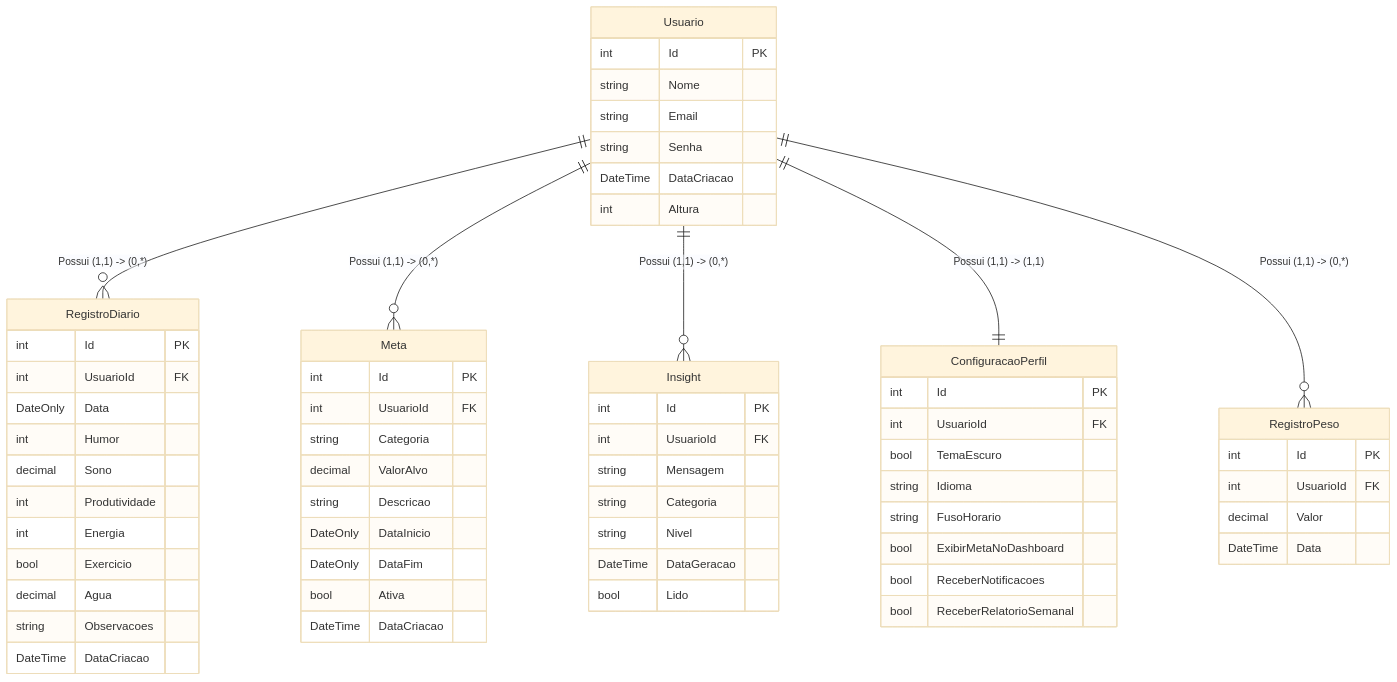
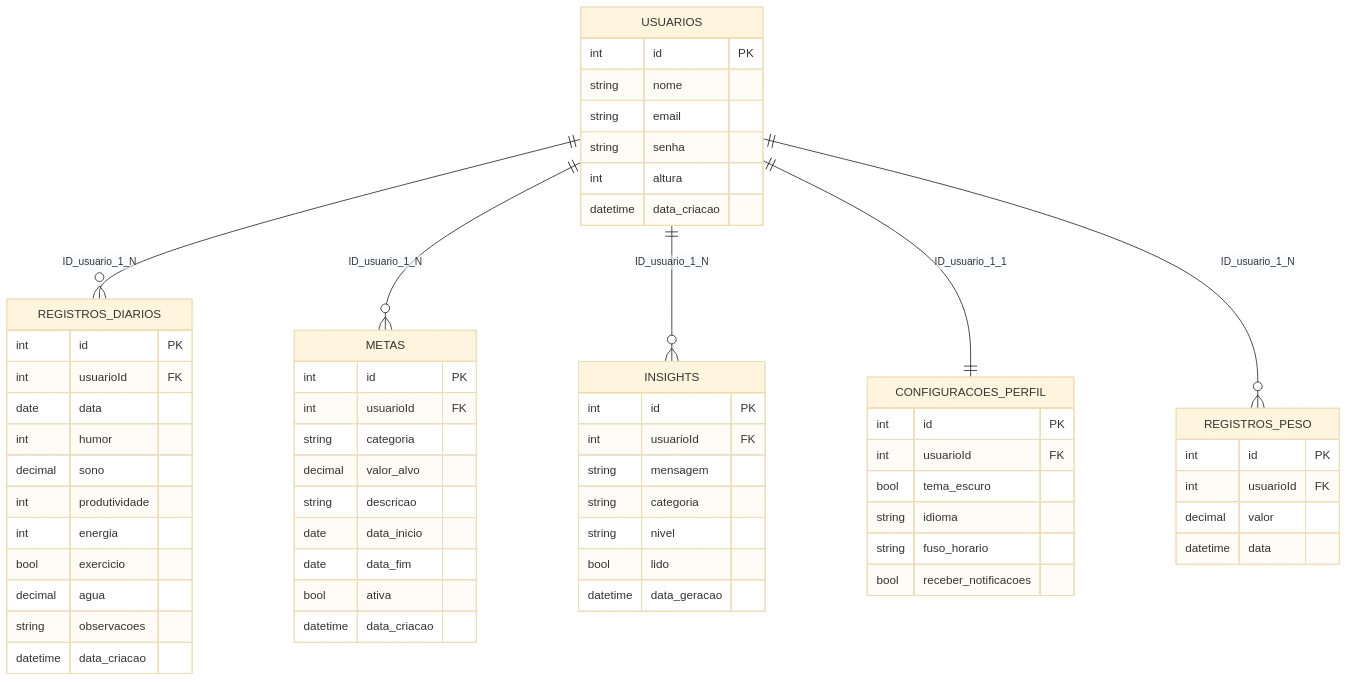
One commit to cidade-felipe/DesenvWebApi changed the diagram in documentation.md. Above: the diagram before and after it, drawn with Mermaid (base theme).

Commit message:
docs: update ER diagram to use snake_case naming conventions and simplify table schemas

````diff
--- a/documentation.md
+++ b/documentation.md
@@ -68,71 +68,69 @@
 ```mermaid
 erDiagram
-    Usuario ||--o{ RegistroDiario : "Possui (1,1) -> (0,*)"
-    Usuario ||--o{ Meta : "Possui (1,1) -> (0,*)"
-    Usuario ||--o{ Insight : "Possui (1,1) -> (0,*)"
-    Usuario ||--|| ConfiguracaoPerfil : "Possui (1,1) -> (1,1)"
-    Usuario ||--o{ RegistroPeso : "Possui (1,1) -> (0,*)"
+    USUARIOS ||--o{ REGISTROS_DIARIOS : "ID_usuario_1_N"
+    USUARIOS ||--o{ METAS : "ID_usuario_1_N"
+    USUARIOS ||--o{ INSIGHTS : "ID_usuario_1_N"
+    USUARIOS ||--|| CONFIGURACOES_PERFIL : "ID_usuario_1_1"
+    USUARIOS ||--o{ REGISTROS_PESO : "ID_usuario_1_N"
 
-    Usuario {
-        int Id PK
-        string Nome
-        string Email
-        string Senha
-        DateTime DataCriacao
-        int Altura
+    USUARIOS {
+        int id PK
+        string nome
+        string email
+        string senha
+        int altura
+        datetime data_criacao
     }
 
-    RegistroDiario {
-        int Id PK
-        int UsuarioId FK
-        DateOnly Data
-        int Humor
-        decimal Sono
-        int Produtividade
-        int Energia
-        bool Exercicio
-        decimal Agua
-        string Observacoes
-        DateTime DataCriacao
+    REGISTROS_DIARIOS {
+        int id PK
+        int usuarioId FK
+        date data
+        int humor
+        decimal sono
+        int produtividade
+        int energia
+        bool exercicio
+        decimal agua
+        string observacoes
+        datetime data_criacao
     }
 
-    Meta {
-        int Id PK
-        int UsuarioId FK
-        string Categoria
-        decimal ValorAlvo
-        string Descricao
-        DateOnly DataInicio
-        DateOnly DataFim
-        bool Ativa
-        DateTime DataCriacao
+    METAS {
+        int id PK
+        int usuarioId FK
+        string categoria
+        decimal valor_alvo
+        string descricao
+        date data_inicio
+        date data_fim
+        bool ativa
+        datetime data_criacao
     }
 
-    Insight {
-        int Id PK
-        int UsuarioId FK
-        string Mensagem
-        string Categoria
-        string Nivel
-        DateTime DataGeracao
-        bool Lido
+    REGISTROS_PESO {
+        int id PK
+        int usuarioId FK
+        decimal valor
+        datetime data
     }
 
-    ConfiguracaoPerfil {
-        int Id PK
-        int UsuarioId FK
-        bool TemaEscuro
-        string Idioma
-        string FusoHorario
-        bool ExibirMetaNoDashboard
-        bool ReceberNotificacoes
-        bool ReceberRelatorioSemanal
+    INSIGHTS {
+        int id PK
+        int usuarioId FK
+        string mensagem
+        string categoria
+        string nivel
+        bool lido
+        datetime data_geracao
     }
 
-    RegistroPeso {
-        int Id PK
-        int UsuarioId FK
-        decimal Valor
-        DateTime Data
+    CONFIGURACOES_PERFIL {
+        int id PK
+        int usuarioId FK
+        bool tema_escuro
+        string idioma
+        string fuso_horario
+        bool receber_notificacoes
     }
 ```
````
